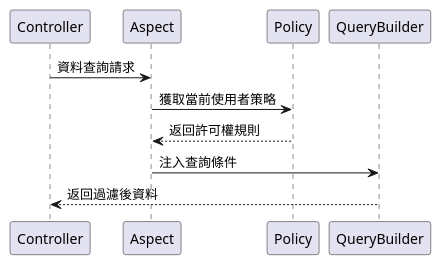
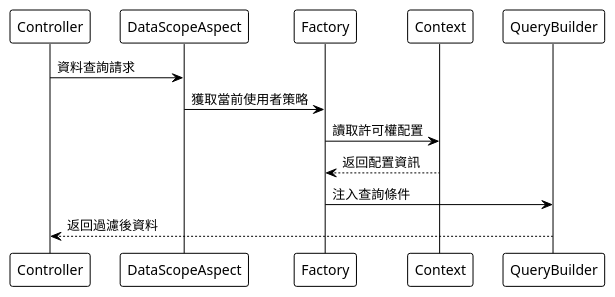
The third of 3 diagrams in docs/zh-tw/backend/data-permission/overview.md (mineadmin/doc-v3), drawn with PlantUML before and after one commit. The commit also changed other lines of this file and 225 other files, not shown here.

````diff
--- a/docs/zh-tw/backend/data-permission/overview.md
+++ b/docs/zh-tw/backend/data-permission/overview.md
@@ -90,14 +307,18 @@
 ```plantuml
 @startuml
+!theme plain
+
 participant Controller
-participant Aspect
-participant Policy
+participant DataScopeAspect  
+participant Factory
+participant Context
 participant QueryBuilder
 
-Controller -> Aspect: 資料查詢請求
-Aspect -> Policy: 獲取當前使用者策略
-Policy --> Aspect: 返回許可權規則
-Aspect -> QueryBuilder: 注入查詢條件
+Controller -> DataScopeAspect: 資料查詢請求
+DataScopeAspect -> Factory: 獲取當前使用者策略
+Factory -> Context: 讀取許可權配置
+Context --> Factory: 返回配置資訊
+Factory -> QueryBuilder: 注入查詢條件
 QueryBuilder --> Controller: 返回過濾後資料
 @enduml
 ```
````
